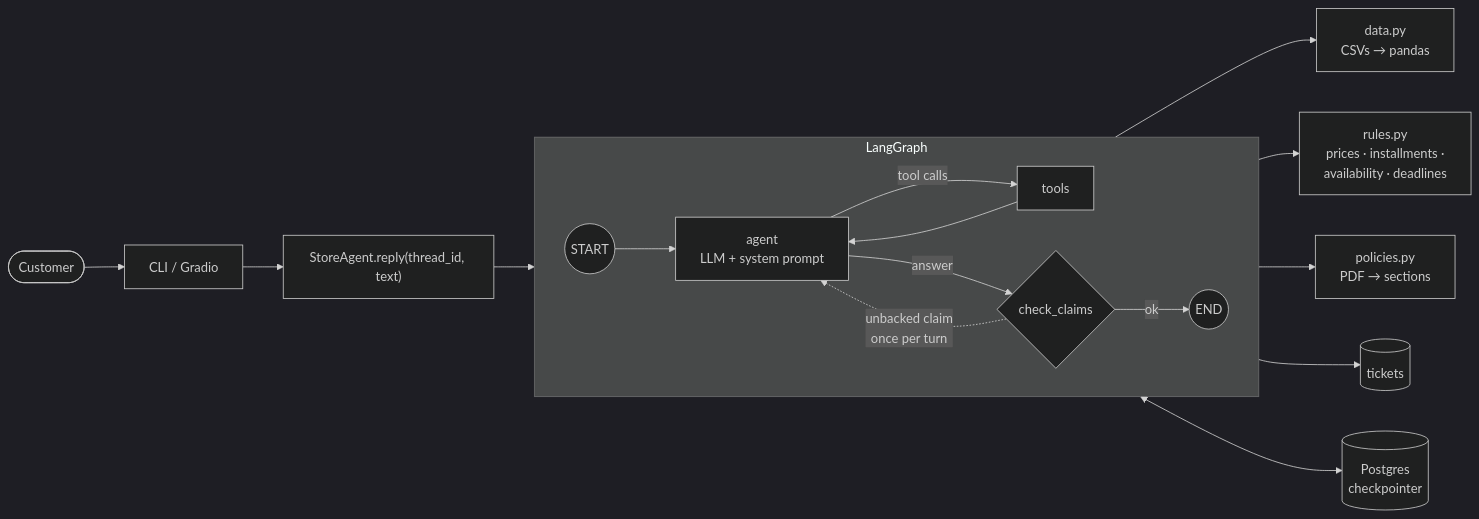
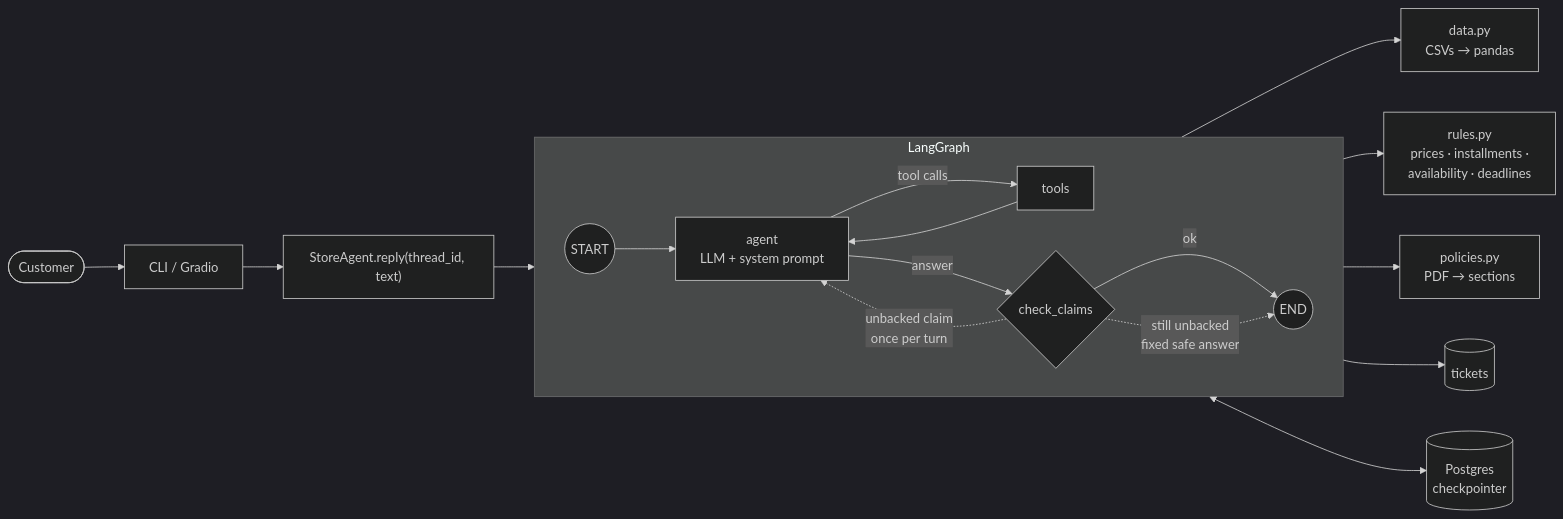
The diagram in README.md (matheusm-luz/emporio-musica-ai-agent), drawn with Mermaid (dark theme) before and after one commit. The commit also changed other lines of this file, not shown here.

````diff
--- a/README.md
+++ b/README.md
@@ -82,15 +82,16 @@
 ```mermaid
 flowchart LR
     U([Customer]) --> UI[CLI / Gradio]
     UI --> A["StoreAgent.reply(thread_id, text)"]
     A --> G
     subgraph G [LangGraph]
         direction LR
         S((START)) --> AG[agent<br/>LLM + system prompt] -->|tool calls| T[tools] --> AG
         AG -->|answer| C{check_claims}
         C -->|ok| E((END))
         C -.->|unbacked claim<br/>once per turn| AG
+        C -.->|still unbacked<br/>fixed safe answer| E
     end
     G <--> CP[(Postgres<br/>checkpointer)]
     T --> D[data.py<br/>CSVs → pandas] & R[rules.py<br/>prices · installments ·<br/>availability · deadlines] & P[policies.py<br/>PDF → sections] & K[(tickets)]
 ```
````
